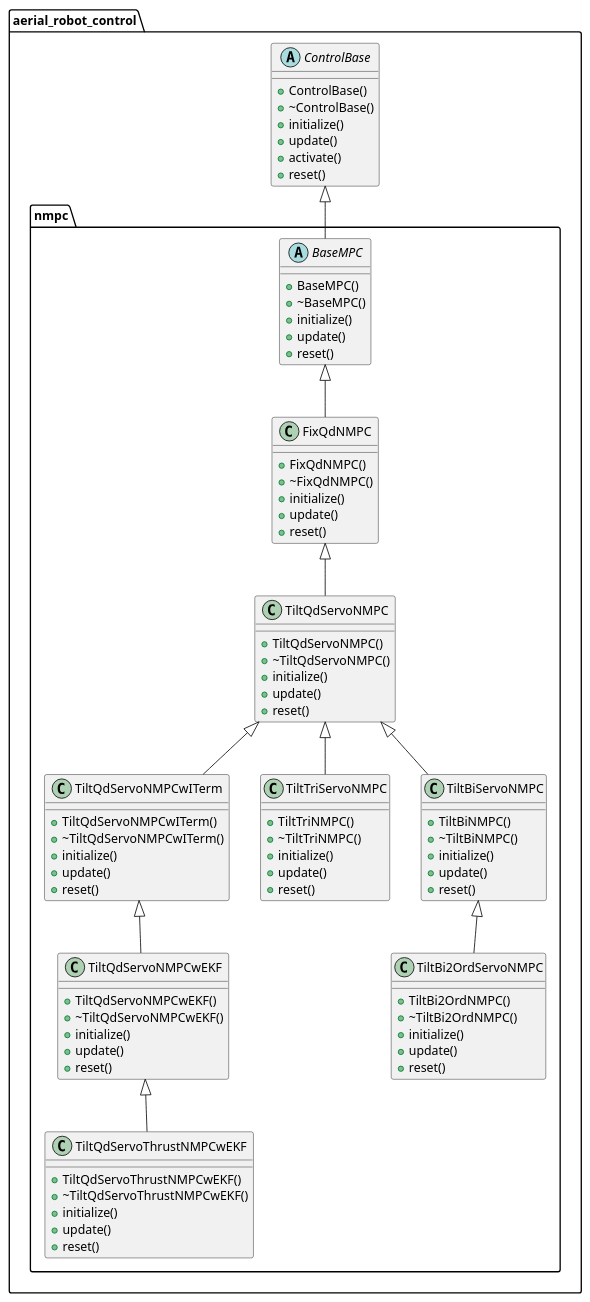
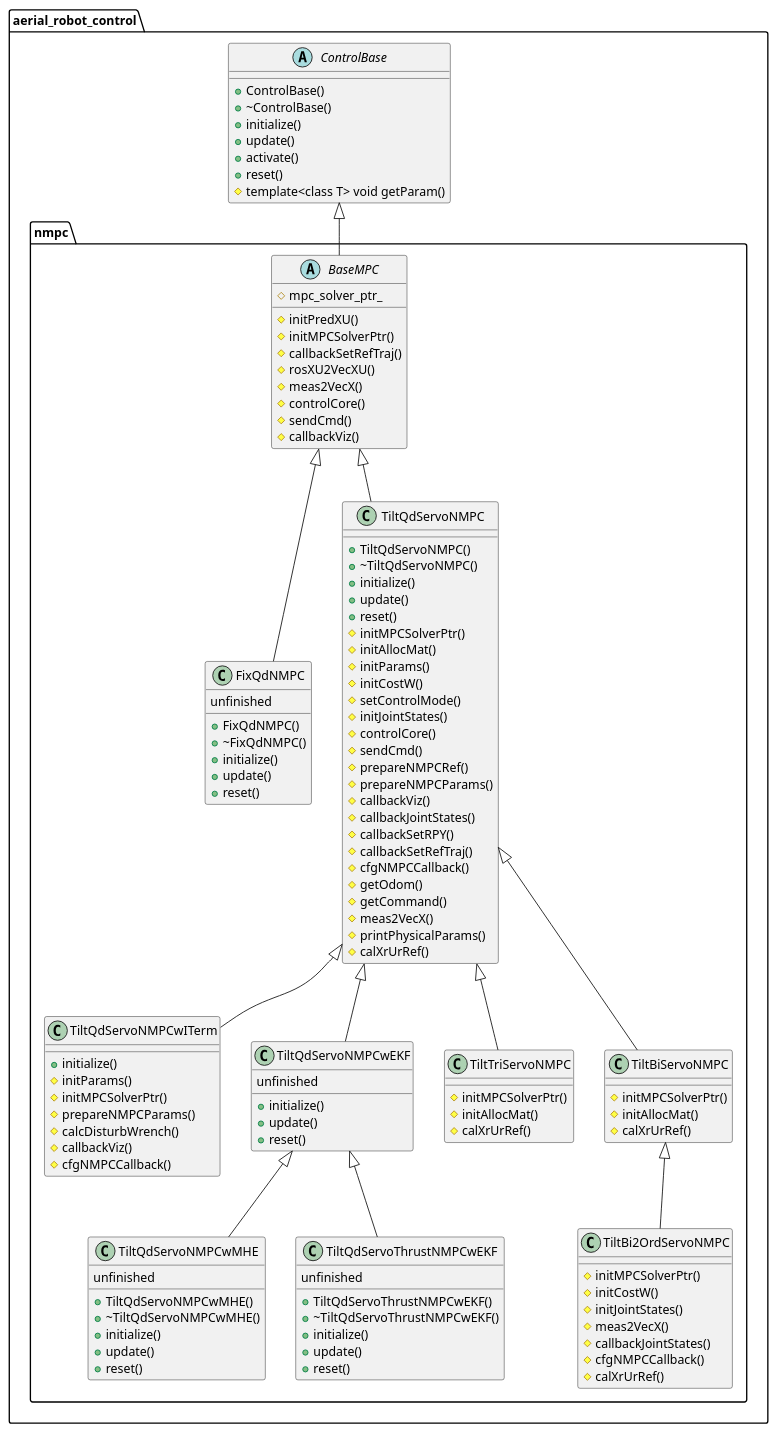
One commit to jsk-ros-pkg/jsk_aerial_robot changed the diagram in docs/UMLs/nmpc_controller.puml. Above: the diagram before and after it, drawn with PlantUML.

Commit message:
[UML][NMPC]: update the details based on the current implementation.

```diff
--- a/docs/UMLs/nmpc_controller.puml
+++ b/docs/UMLs/nmpc_controller.puml
@@ -1,104 +1,140 @@
 @startuml
 'https://plantuml.com/class-diagram
 
 set namespaceSeparator ::
 
 abstract class aerial_robot_control::ControlBase {
     + ControlBase()
     + ~ControlBase()
     + initialize()
     + update()
     + activate()
     + reset()
+    # template<class T> void getParam()
 }
 
 abstract class aerial_robot_control::nmpc::BaseMPC extends aerial_robot_control::ControlBase {
-    + BaseMPC()
-    + ~BaseMPC()
-    + initialize()
-    + update()
-    + reset()
+    # mpc_solver_ptr_
+    # initPredXU()
+    # initMPCSolverPtr()
+    # callbackSetRefTraj()
+    # rosXU2VecXU()
+    # meas2VecX()
+    # controlCore()
+    # sendCmd()
+    # callbackViz()
 }
 
 class aerial_robot_control::nmpc::FixQdNMPC extends aerial_robot_control::nmpc::BaseMPC {
 'x_dim = 13, u_dim = 4, p_dim = 4'
+unfinished
     + FixQdNMPC()
     + ~FixQdNMPC()
     + initialize()
     + update()
     + reset()
 }
 
 'class aerial_robot_control::nmpc::TiltQdNMPC extends aerial_robot_control::nmpc::FixQdNMPC {
 ''x_dim = 13, u_dim = 8'
 '    + TiltQdNMPC()
 '    + ~TiltQdNMPC()
 '    + initialize()
 '    + update()
 '    + reset()
 '}
 
-class aerial_robot_control::nmpc::TiltQdServoNMPC extends aerial_robot_control::nmpc::FixQdNMPC {
+class aerial_robot_control::nmpc::TiltQdServoNMPC extends aerial_robot_control::nmpc::BaseMPC {
 'x_dim = 17, u_dim = 8, p_dim = 4'
     + TiltQdServoNMPC()
     + ~TiltQdServoNMPC()
     + initialize()
     + update()
     + reset()
+    # initMPCSolverPtr()
+    # initAllocMat()
+    # initParams()
+    # initCostW()
+    # setControlMode()
+    # initJointStates()
+    # controlCore()
+    # sendCmd()
+    # prepareNMPCRef()
+    # prepareNMPCParams()
+    # callbackViz()
+    # callbackJointStates()
+    # callbackSetRPY()
+    # callbackSetRefTraj()
+    # cfgNMPCCallback()
+    # getOdom()
+    # getCommand()
+    # meas2VecX()
+    # printPhysicalParams()
+    # calXrUrRef()
 }
 
 class aerial_robot_control::nmpc::TiltQdServoNMPCwITerm extends aerial_robot_control::nmpc::TiltQdServoNMPC {
 'x_dim = 17, u_dim = 8， p_dim = 10'
-    + TiltQdServoNMPCwITerm()
-    + ~TiltQdServoNMPCwITerm()
+    + initialize()
+    # initParams()
+    # initMPCSolverPtr()
+    # prepareNMPCParams()
+    # calcDisturbWrench()
+    # callbackViz()
+    # cfgNMPCCallback()
+}
+
+class aerial_robot_control::nmpc::TiltQdServoNMPCwEKF extends aerial_robot_control::nmpc::TiltQdServoNMPC {
+'x_dim = 23, u_dim = 8, p_dim = 4'
+unfinished
     + initialize()
     + update()
     + reset()
 }
 
-class aerial_robot_control::nmpc::TiltQdServoNMPCwEKF extends aerial_robot_control::nmpc::TiltQdServoNMPCwITerm {
+class aerial_robot_control::nmpc::TiltQdServoNMPCwMHE extends aerial_robot_control::nmpc::TiltQdServoNMPCwEKF {
 'x_dim = 23, u_dim = 8, p_dim = 4'
-    + TiltQdServoNMPCwEKF()
-    + ~TiltQdServoNMPCwEKF()
+unfinished
+    + TiltQdServoNMPCwMHE()
+    + ~TiltQdServoNMPCwMHE()
     + initialize()
     + update()
     + reset()
 }
 
 class aerial_robot_control::nmpc::TiltQdServoThrustNMPCwEKF extends aerial_robot_control::nmpc::TiltQdServoNMPCwEKF {
 'x_dim = 27, u_dim = 8, p_dim = 4'
+unfinished
     + TiltQdServoThrustNMPCwEKF()
     + ~TiltQdServoThrustNMPCwEKF()
     + initialize()
     + update()
     + reset()
 }
 
 class aerial_robot_control::nmpc::TiltTriServoNMPC extends aerial_robot_control::nmpc::TiltQdServoNMPC {
 'x_dim = 16, u_dim = 6, p_dim = 4'
-    + TiltTriNMPC()
-    + ~TiltTriNMPC()
-    + initialize()
-    + update()
-    + reset()
+    # initMPCSolverPtr()
+    # initAllocMat()
+    # calXrUrRef()
 }
 
 class aerial_robot_control::nmpc::TiltBiServoNMPC extends aerial_robot_control::nmpc::TiltQdServoNMPC {
 'x_dim = 15, u_dim = 4, p_dim = 4'
-    + TiltBiNMPC()
-    + ~TiltBiNMPC()
-    + initialize()
-    + update()
-    + reset()
+    # initMPCSolverPtr()
+    # initAllocMat()
+    # calXrUrRef()
 }
 
 class aerial_robot_control::nmpc::TiltBi2OrdServoNMPC extends aerial_robot_control::nmpc::TiltBiServoNMPC {
 'x_dim = 17, u_dim = 4, p_dim = 4'
-    + TiltBi2OrdNMPC()
-    + ~TiltBi2OrdNMPC()
-    + initialize()
-    + update()
-    + reset()
+    # initMPCSolverPtr()
+    # initCostW()
+    # initJointStates()
+    # meas2VecX()
+    # callbackJointStates()
+    # cfgNMPCCallback()
+    # calXrUrRef()
 }
 
 @enduml
```
